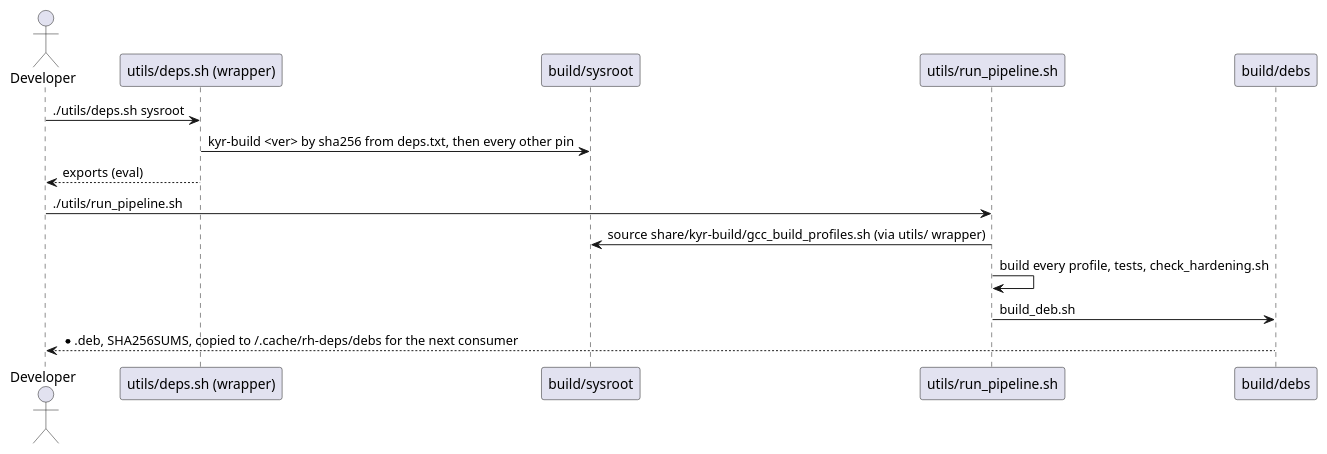
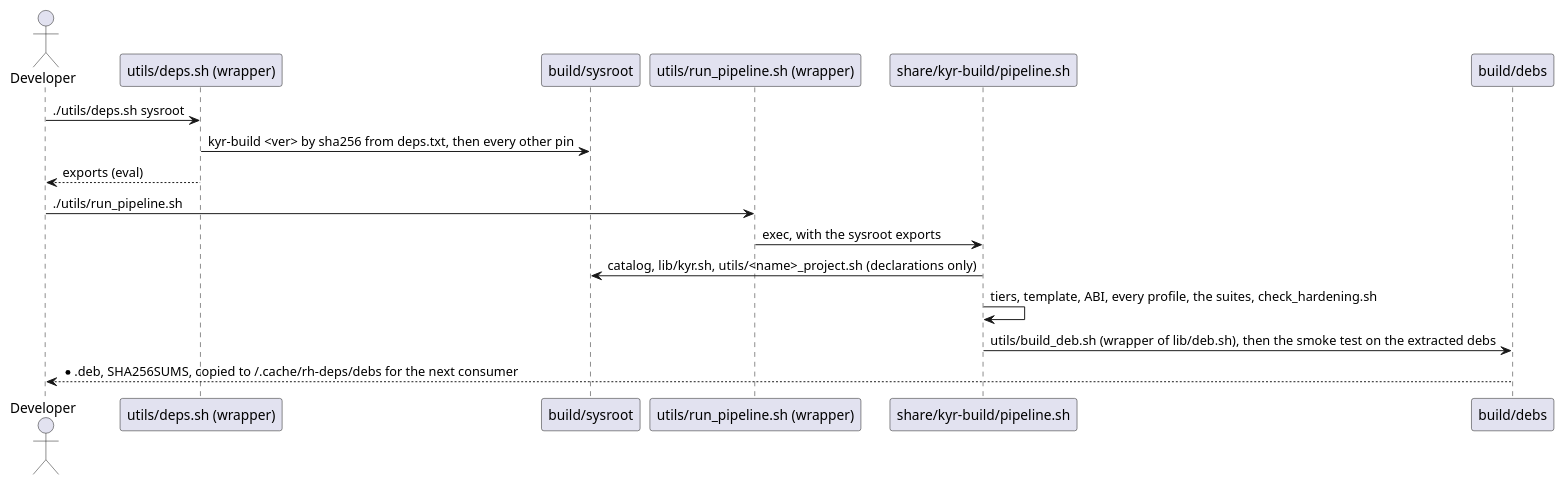
Before and after one commit to RomanHorshkov/uuid7: the diagram in docs/diagrams/tooling_sequence.puml, drawn with PlantUML. The commit also changed 17 other files, not shown here.

Commit message:
Move utils/ onto the kyr-build 2.1.0 wrappers

```diff
--- a/docs/diagrams/tooling_sequence.puml
+++ b/docs/diagrams/tooling_sequence.puml
@@ -1,16 +1,18 @@
 @startuml
 ' claim: this repository builds from its sysroot with the pinned kyr-build; no tooling copy lives here
 actor Developer
 participant "utils/deps.sh (wrapper)" as W
 participant "build/sysroot" as S
-participant "utils/run_pipeline.sh" as P
+participant "utils/run_pipeline.sh (wrapper)" as P
+participant "share/kyr-build/pipeline.sh" as K
 participant "build/debs" as D
 Developer -> W : ./utils/deps.sh sysroot
 W -> S : kyr-build <ver> by sha256 from deps.txt, then every other pin
 W --> Developer : exports (eval)
 Developer -> P : ./utils/run_pipeline.sh
-P -> S : source share/kyr-build/gcc_build_profiles.sh (via utils/ wrapper)
-P -> P : build every profile, tests, check_hardening.sh
-P -> D : build_deb.sh
+P -> K : exec, with the sysroot exports
+K -> S : catalog, lib/kyr.sh, utils/<name>_project.sh (declarations only)
+K -> K : tiers, template, ABI, every profile, the suites, check_hardening.sh
+K -> D : utils/build_deb.sh (wrapper of lib/deb.sh), then the smoke test on the extracted debs
 D --> Developer : *.deb, SHA256SUMS, copied to ~/.cache/rh-deps/debs for the next consumer
 @enduml
```
